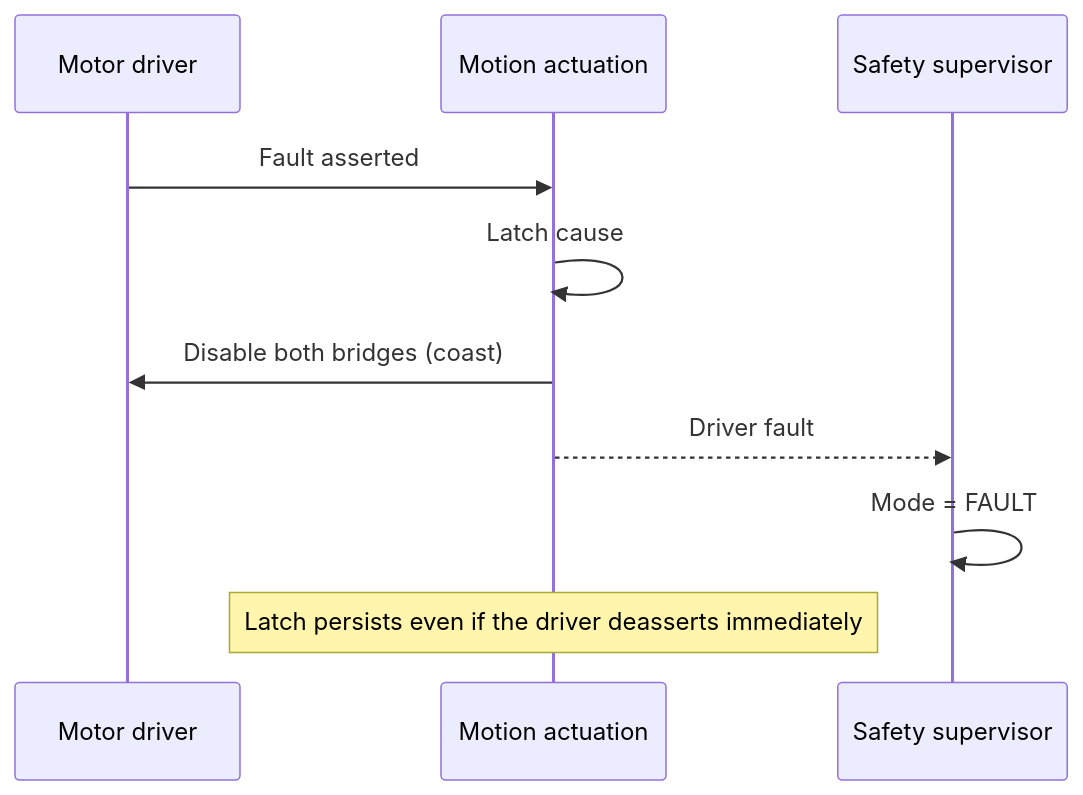
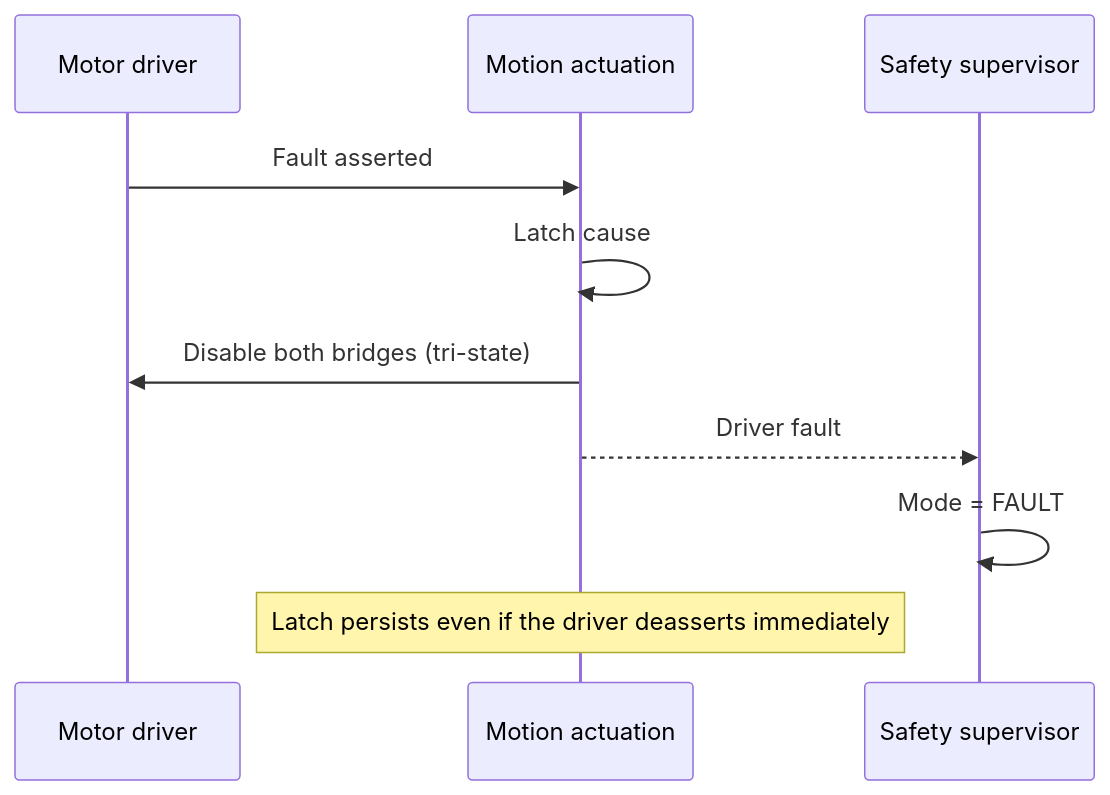
The third of 4 diagrams in documentation/design/motion-actuation.md (embedded-pro/e-Inverted-pendulum-bot), drawn with Mermaid before and after one commit. The commit also changed other lines of this file and 12 other files, not shown here.

````diff
--- a/documentation/design/motion-actuation.md
+++ b/documentation/design/motion-actuation.md
@@ -209,13 +209,13 @@
 ```mermaid
 sequenceDiagram
     participant Drv as Motor driver
     participant Act as Motion actuation
     participant Sup as Safety supervisor
 
     Drv->>Act: Fault asserted
     Act->>Act: Latch cause
-    Act->>Drv: Disable both bridges (coast)
+    Act->>Drv: Disable both bridges (tri-state)
     Act-->>Sup: Driver fault
     Sup->>Sup: Mode = FAULT
     Note over Act: Latch persists even if the driver deasserts immediately
 ```
````
